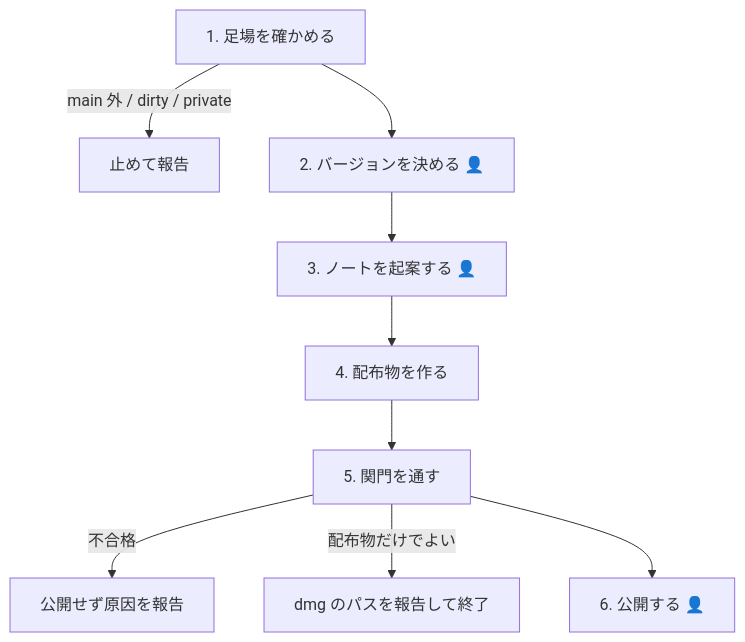
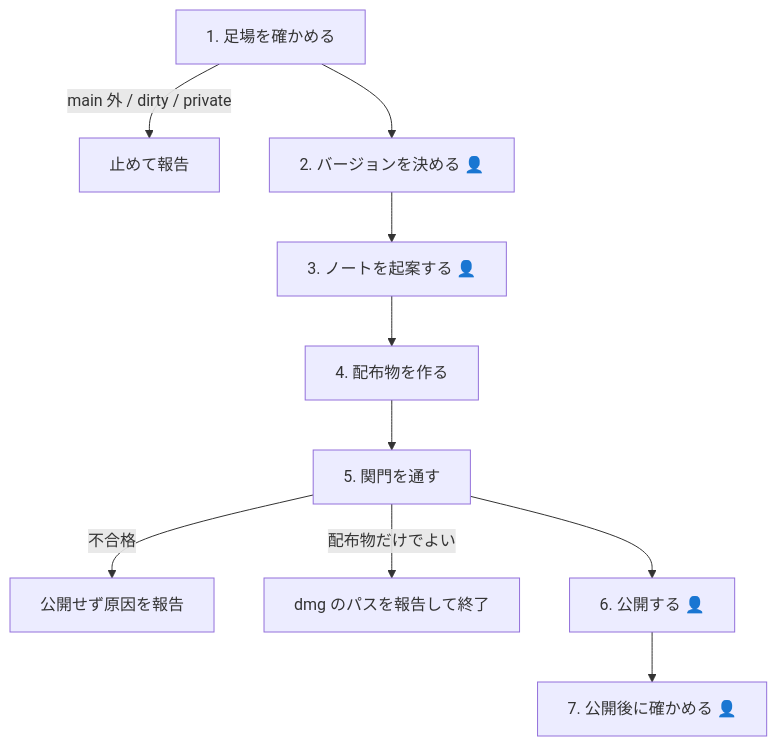
One commit to nakashima-takeo/orbe changed the diagram in .claude/skills/release/SKILL.md. Above: the diagram before and after it, drawn with Mermaid. The commit also changed other lines of this file and 1 other file, not shown here.

````diff
--- a/.claude/skills/release/SKILL.md
+++ b/.claude/skills/release/SKILL.md
@@ -22,11 +28,12 @@
 ```mermaid
 flowchart TD
     A[1. 足場を確かめる] -->|main 外 / dirty / private| S1[止めて報告]
     A --> B[2. バージョンを決める 👤]
     B --> C[3. ノートを起案する 👤]
     C --> D[4. 配布物を作る]
     D --> E[5. 関門を通す]
     E -->|不合格| S2[公開せず原因を報告]
     E -->|配布物だけでよい| Z[dmg のパスを報告して終了]
     E --> F[6. 公開する 👤]
+    F --> G[7. 公開後に確かめる 👤]
 ```
````
